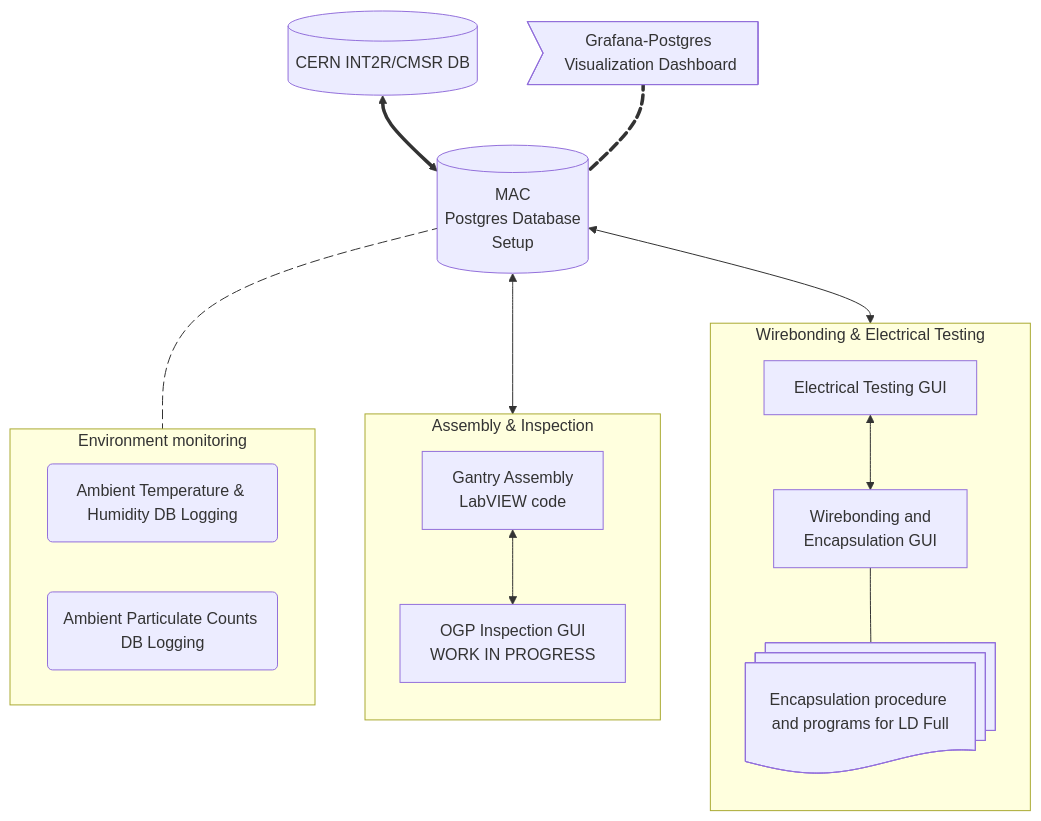
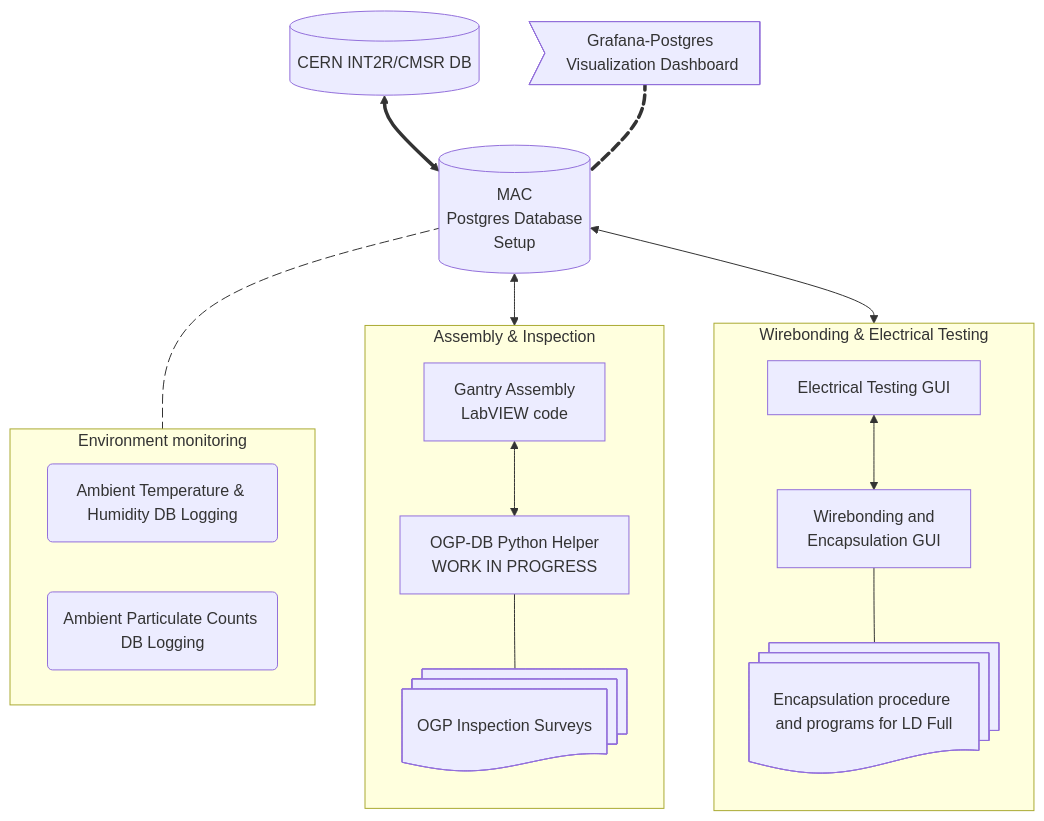
Before and after one commit to cmu-hgc-mac/.github: the diagram in profile/README.md, drawn with Mermaid.

````diff
--- a/profile/README.md
+++ b/profile/README.md
@@ -5,42 +5,46 @@
 ```mermaid
 graph TD
     
     subgraph AI [Assembly & Inspection]
         direction TB
-        L[Gantry Assembly<br>LabVIEW code] <--> I[OGP Inspection GUI<br>WORK IN PROGRESS] 
+        L[Gantry Assembly<br>LabVIEW code] <--> I[OGP-DB Python Helper<br>WORK IN PROGRESS]
+        IS@{ shape: docs, label: "OGP Inspection Surveys" }
+        I --- IS
+
     end
 
     subgraph WET [Wirebonding & Electrical Testing]
         direction TB
         T[Electrical Testing GUI] <--> W[Wirebonding and<br> Encapsulation GUI]
         EP@{ shape: docs, label: "Encapsulation procedure and programs for LD Full" }
         W --- EP
     end
 
     subgraph EM [Environment monitoring]
         direction LR
         H(Ambient Temperature & Humidity DB Logging) 
         P(Ambient Particulate Counts DB Logging) 
     end
 
     K[(CERN INT2R/CMSR DB)] <==> A[(MAC<br>Postgres Database<br>Setup)]
     G>Grafana-Postgres Visualization Dashboard] e1@ === A
     A e2@--- EM
     A <--> AI
     A <--> WET
     
     click A href "https://github.com/cmu-hgc-mac/HGC_DB_postgres/"
     click I href "https://github.com/cmu-hgc-mac/HGC_OGP_DB"
     click L href "https://github.com/cmu-hgc-mac/Gantry"
     click W href "https://github.com/cmu-hgc-mac/wirebonder_gui"
     click T href "https://gitlab.cern.ch/acrobert/hgcal-module-testing-gui/"
     click K href "https://gitlab.cern.ch/groups/hgcal-database/-/issues"
     click G href "https://github.com/cmu-hgc-mac/grafana_hgcdb_dashboard"
     click P href "https://github.com/cmu-hgc-mac/ambient-particulate-counts"
     click H href "https://github.com/cmu-hgc-mac/ambient-temp-humidity"
     click EP href "https://github.com/cmu-hgc-mac/encapsulation"
+    click IS href "https://github.com/cmu-hgc-mac/OGP-inspection-surveys"
     e1@{ animate: true }
     e2@{ animate: true }
     
 
 ```
````
